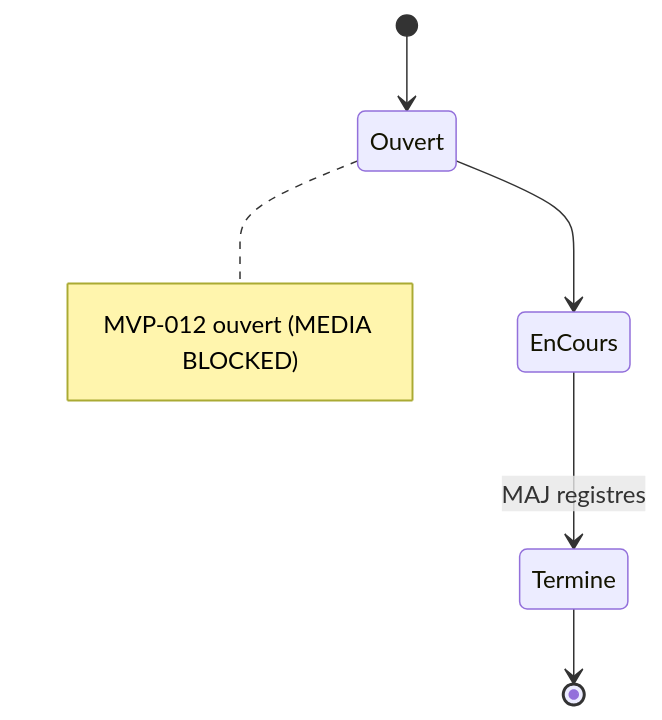
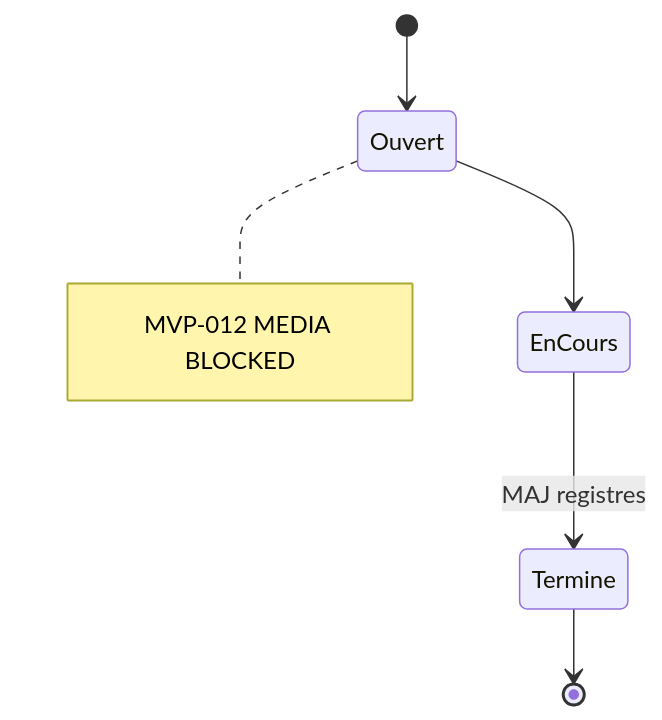
One commit to JavaChrist/Tai-Chi-AI-Coach changed the second of 2 diagrams in docs/runtime/11_BACKLOG.md. Above: the diagram before and after it, drawn with Mermaid. The commit also changed other lines of this file and 45 other files, not shown here.

````diff
--- a/docs/runtime/11_BACKLOG.md
+++ b/docs/runtime/11_BACKLOG.md
@@ -69,8 +69,8 @@
 ```mermaid
 stateDiagram-v2
   [*] --> Ouvert
   Ouvert --> EnCours
   EnCours --> Termine: MAJ registres
   Termine --> [*]
-  note right of Ouvert: MVP-012 ouvert (MEDIA BLOCKED)
+  note right of Ouvert: MVP-012 MEDIA BLOCKED
 ```
````
